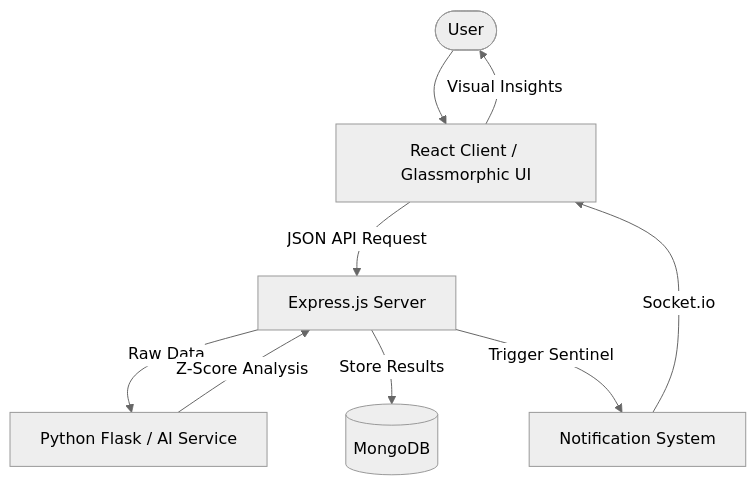
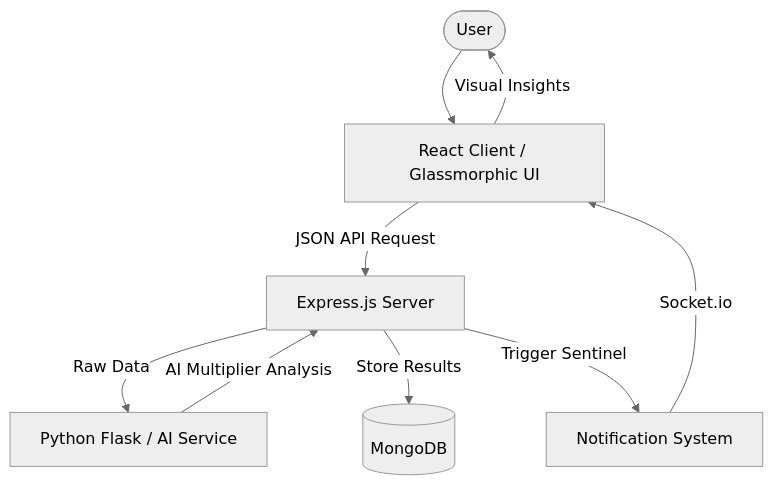
The third of 7 diagrams in docs/technical_documentation.md (Meetrao/Vidyut), drawn with Mermaid (neutral theme) before and after one commit. The commit also changed other lines of this file and 6 other files, not shown here.

````diff
--- a/docs/technical_documentation.md
+++ b/docs/technical_documentation.md
@@ -43,11 +43,11 @@
 ```mermaid
 graph TD
     User([User]) --> UI[React Client / Glassmorphic UI]
     UI -- JSON API Request --> Server[Express.js Server]
     Server -- Raw Data --> PythonService[Python Flask / AI Service]
-    PythonService -- Z-Score Analysis --> Server
+    PythonService -- AI Multiplier Analysis --> Server
     Server -- Store Results --> DB[(MongoDB)]
     Server -- Trigger Sentinel --> NT[Notification System]
     NT -- Socket.io --> UI
     UI -- Visual Insights --> User
 ```
````
